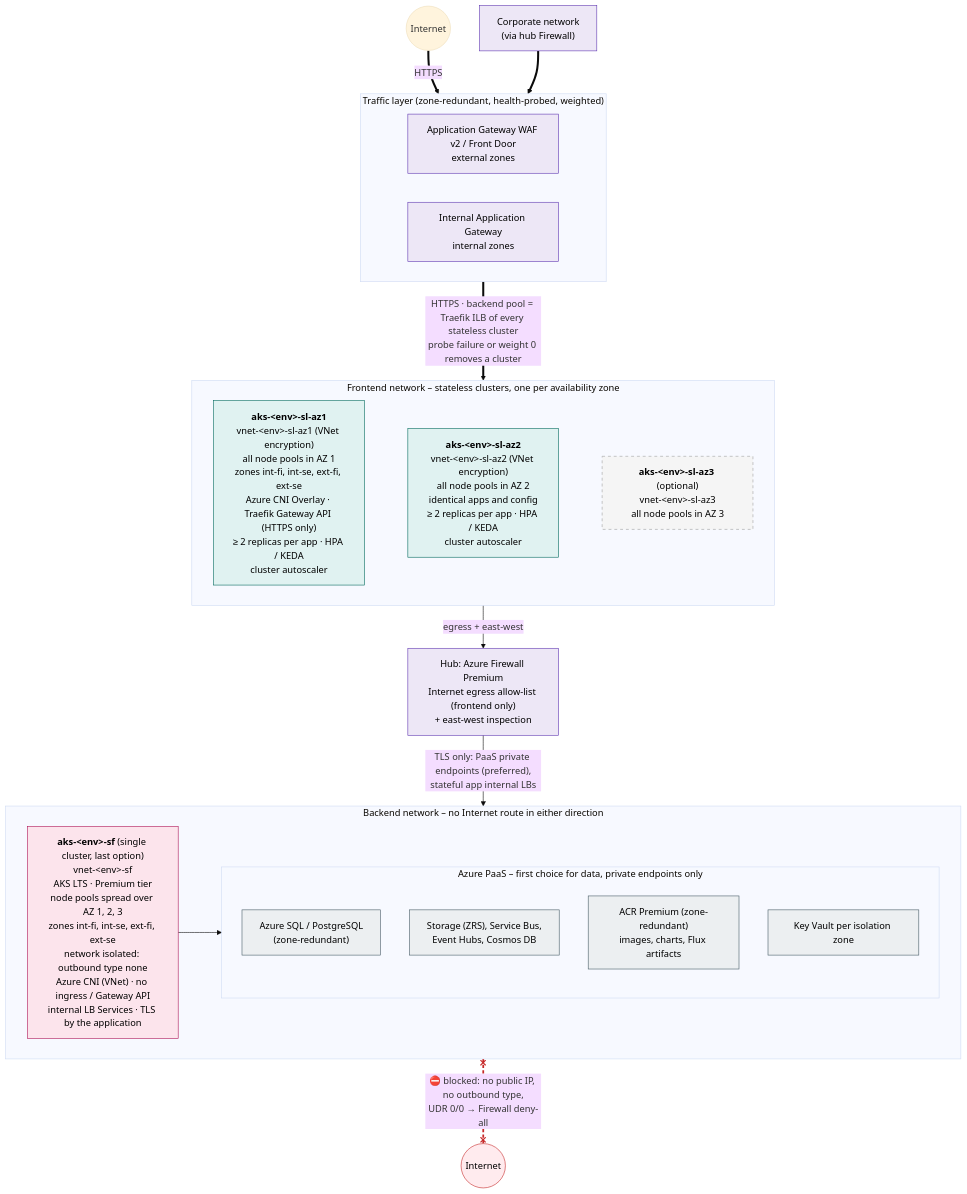
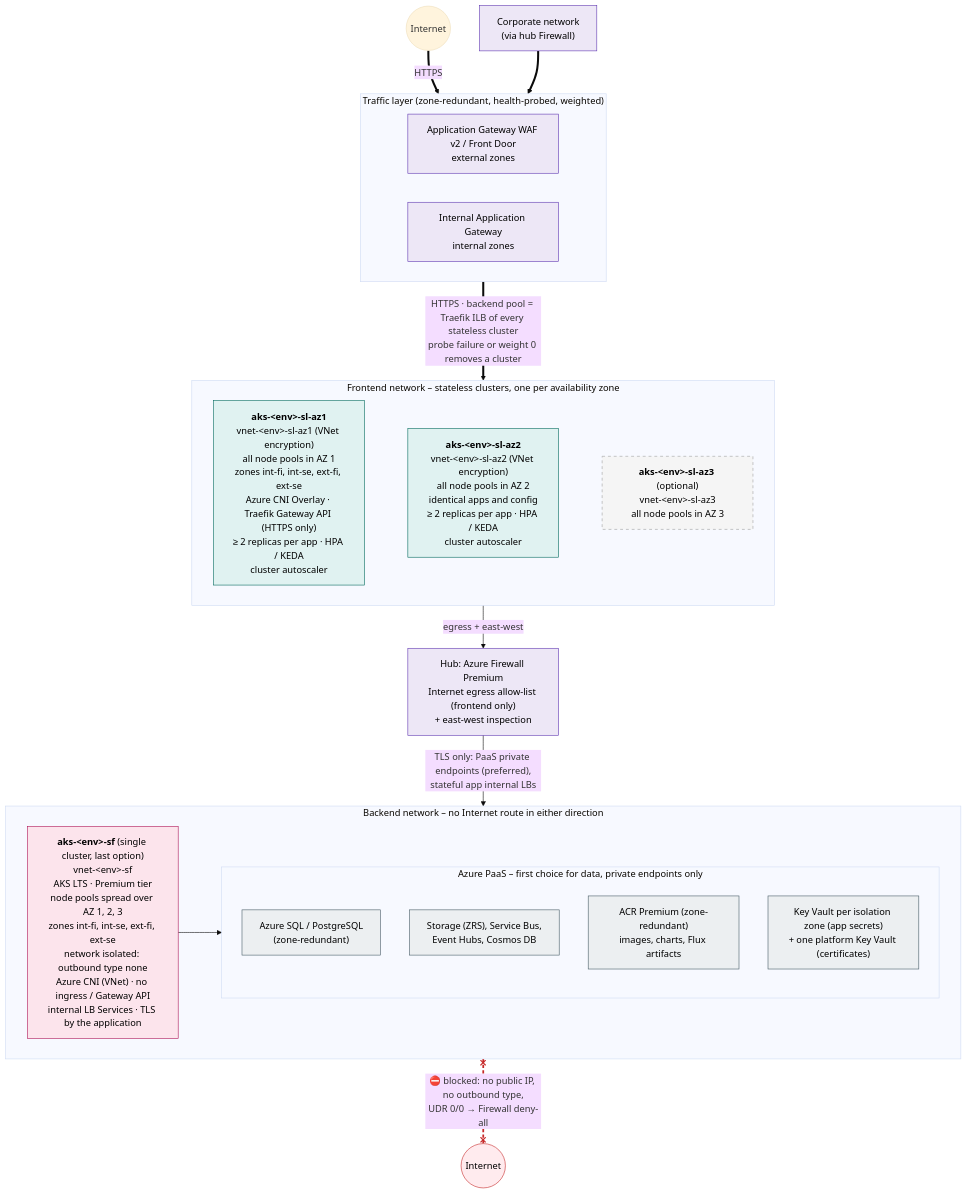
The diagram in diagrams/08-cluster-topology.mmd (olljanat-ai/aks-design), drawn with Mermaid (base theme) before and after one commit. The commit also changed 12 other files, not shown here.

First line of the commit message:
Add a shared platform Key Vault per environment for certificates

```diff
--- a/diagrams/08-cluster-topology.mmd
+++ b/diagrams/08-cluster-topology.mmd
@@ -1,58 +1,58 @@
 %% Cluster topology of ONE environment (dev, acc and prd are identical): zonal stateless clusters in the
 %% frontend network, one zone-redundant stateful cluster in the backend network next to the Azure PaaS services.
 flowchart TB
     internet(("Internet"))
     corp["Corporate network<br/>(via hub Firewall)"]
 
     subgraph EDGE["Traffic layer (zone-redundant, health-probed, weighted)"]
         direction LR
         waf["Application Gateway WAF v2 / Front Door<br/>external zones"]
         agw_in["Internal Application Gateway<br/>internal zones"]
     end
 
     subgraph FRONT["Frontend network – stateless clusters, one per availability zone"]
         direction LR
         sl1["<b>aks-&lt;env&gt;-sl-az1</b><br/>vnet-&lt;env&gt;-sl-az1 (VNet encryption)<br/>all node pools in AZ 1<br/>zones int-fi, int-se, ext-fi, ext-se<br/>Azure CNI Overlay · Traefik Gateway API (HTTPS only)<br/>≥ 2 replicas per app · HPA / KEDA<br/>cluster autoscaler"]
         sl2["<b>aks-&lt;env&gt;-sl-az2</b><br/>vnet-&lt;env&gt;-sl-az2 (VNet encryption)<br/>all node pools in AZ 2<br/>identical apps and config<br/>≥ 2 replicas per app · HPA / KEDA<br/>cluster autoscaler"]
         sl3["<b>aks-&lt;env&gt;-sl-az3</b> (optional)<br/>vnet-&lt;env&gt;-sl-az3<br/>all node pools in AZ 3"]
         sl1 ~~~ sl2 ~~~ sl3
     end
 
     fw["Hub: Azure Firewall Premium<br/>Internet egress allow-list (frontend only)<br/>+ east-west inspection"]
 
     subgraph BACK["Backend network – no Internet route in either direction"]
         direction LR
         sf["<b>aks-&lt;env&gt;-sf</b> (single cluster, last option)<br/>vnet-&lt;env&gt;-sf<br/>AKS LTS · Premium tier<br/>node pools spread over AZ 1, 2, 3<br/>zones int-fi, int-se, ext-fi, ext-se<br/>network isolated: outbound type none<br/>Azure CNI (VNet) · no ingress / Gateway API<br/>internal LB Services · TLS by the application"]
         subgraph PAAS["Azure PaaS – first choice for data, private endpoints only"]
             direction TB
             db["Azure SQL / PostgreSQL<br/>(zone-redundant)"]
             st["Storage (ZRS), Service Bus,<br/>Event Hubs, Cosmos DB"]
             acr["ACR Premium (zone-redundant)<br/>images, charts, Flux artifacts"]
-            kv["Key Vault per isolation zone"]
+            kv["Key Vault per isolation zone (app secrets)<br/>+ one platform Key Vault (certificates)"]
         end
     end
 
     blocked(("Internet"))
 
     internet ==>|"HTTPS"| waf
     corp ==> agw_in
     EDGE ==>|"HTTPS · backend pool = Traefik ILB of every stateless cluster<br/>probe failure or weight 0 removes a cluster"| FRONT
     FRONT -->|"egress + east-west"| fw
     fw -->|"TLS only: PaaS private endpoints (preferred),<br/>stateful app internal LBs"| BACK
     sf --> PAAS
     BACK x-.-x|"⛔ blocked: no public IP, no outbound type,<br/>UDR 0/0 → Firewall deny-all"| blocked
 
     linkStyle 8 stroke:#c62828,stroke-width:3px,stroke-dasharray:6 4
 
     classDef hub fill:#ede7f6,stroke:#5e35b1,color:#000
     classDef sl fill:#e0f2f1,stroke:#00695c,color:#000
     classDef sf fill:#fce4ec,stroke:#ad1457,color:#000
     classDef paas fill:#eceff1,stroke:#455a64,color:#000
     classDef opt fill:#f5f5f5,stroke:#9e9e9e,color:#000,stroke-dasharray: 5 5
     classDef off fill:#ffebee,stroke:#c62828,color:#000
     class fw,waf,agw_in,corp hub
     class sl1,sl2 sl
     class sl3 opt
     class sf sf
     class db,st,acr,kv paas
     class blocked off
```
